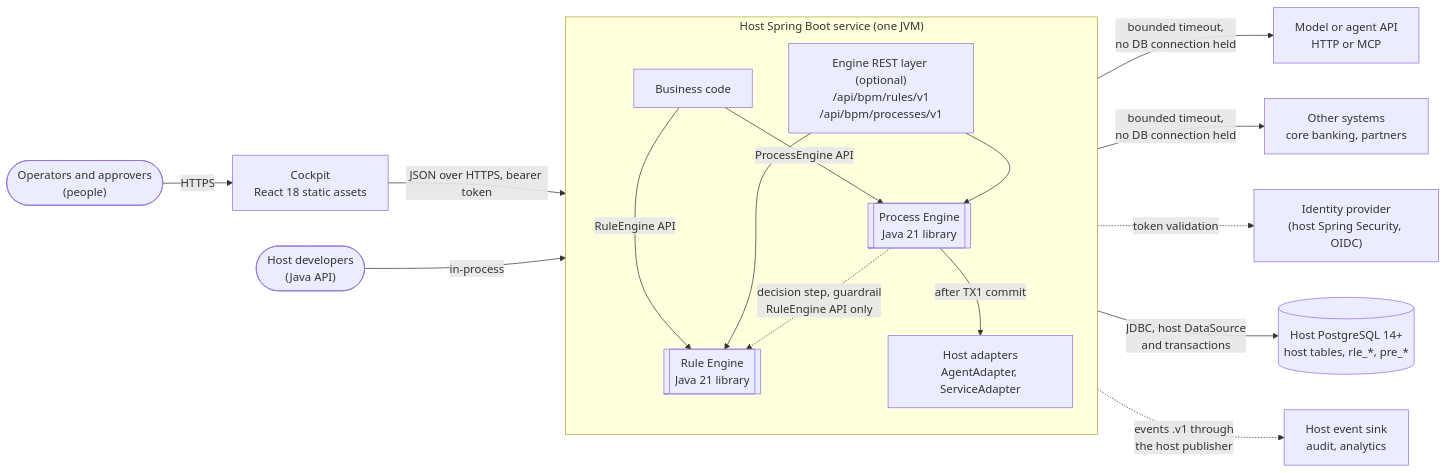
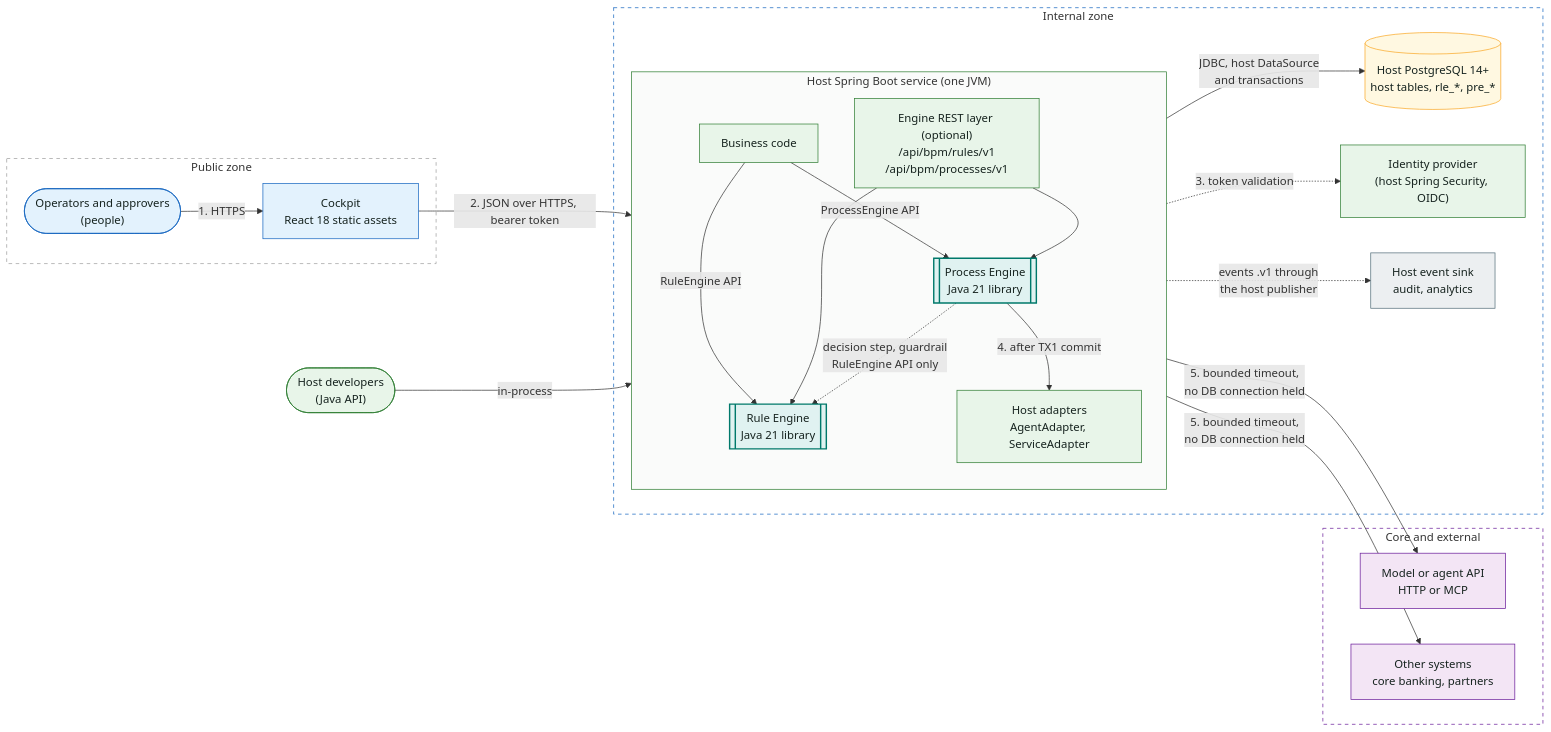
Before and after one commit to dhluong90/horus-Agentic-BPM: the diagram in docs/architecture/diagrams/system-context.mmd, drawn with Mermaid. The commit also changed 99 other files, not shown here.

First line of the commit message:
docs(wiki): shared diagram palette, 4-zone views, cockpit diagrams and evaluator pages

```diff
--- a/docs/architecture/diagrams/system-context.mmd
+++ b/docs/architecture/diagrams/system-context.mmd
@@ -1,32 +1,55 @@
 flowchart LR
-  Ops(["Operators and approvers<br/>(people)"])
+  subgraph Public["Public zone"]
+    Ops(["Operators and approvers<br/>(people)"])
+    Cockpit["Cockpit<br/>React 18 static assets"]
+  end
   Dev(["Host developers<br/>(Java API)"])
-  Cockpit["Cockpit<br/>React 18 static assets"]
+  subgraph Internal["Internal zone"]
   subgraph Host["Host Spring Boot service (one JVM)"]
     direction TB
     App["Business code"]
     RE[["Rule Engine<br/>Java 21 library"]]
     PE[["Process Engine<br/>Java 21 library"]]
     REST["Engine REST layer (optional)<br/>/api/bpm/rules/v1<br/>/api/bpm/processes/v1"]
     Adp["Host adapters<br/>AgentAdapter, ServiceAdapter"]
   end
   DB[("Host PostgreSQL 14+<br/>host tables, rle_*, pre_*")]
   IdP["Identity provider<br/>(host Spring Security, OIDC)"]
+  Bus["Host event sink<br/>audit, analytics"]
+  end
+  subgraph External["Core and external"]
   Agent["Model or agent API<br/>HTTP or MCP"]
   Svc["Other systems<br/>core banking, partners"]
-  Bus["Host event sink<br/>audit, analytics"]
+  end
 
-  Ops -->|"HTTPS"| Cockpit
-  Cockpit -->|"JSON over HTTPS, bearer token"| REST
+  Ops -->|"1. HTTPS"| Cockpit
+  Cockpit -->|"2. JSON over HTTPS, bearer token"| REST
   Dev -->|"in-process"| App
   App -->|"RuleEngine API"| RE
   App -->|"ProcessEngine API"| PE
   REST --> RE
   REST --> PE
   PE -.->|"decision step, guardrail<br/>RuleEngine API only"| RE
-  PE -->|"after TX1 commit"| Adp
-  Adp -->|"bounded timeout,<br/>no DB connection held"| Agent
-  Adp -->|"bounded timeout,<br/>no DB connection held"| Svc
+  PE -->|"4. after TX1 commit"| Adp
+  Adp -->|"5. bounded timeout,<br/>no DB connection held"| Agent
+  Adp -->|"5. bounded timeout,<br/>no DB connection held"| Svc
   Host -->|"JDBC, host DataSource<br/>and transactions"| DB
-  REST -.->|"token validation"| IdP
+  REST -.->|"3. token validation"| IdP
   Host -.->|"events .v1 through<br/>the host publisher"| Bus
+
+  classDef client fill:#E3F2FD,stroke:#1565C0,color:#16231F
+  classDef host fill:#E8F5E9,stroke:#2E7D32,color:#16231F
+  classDef engine fill:#E0F2F1,stroke:#00796B,stroke-width:2px,color:#16231F
+  classDef db fill:#FFF8E1,stroke:#F9A825,color:#16231F
+  classDef external fill:#F3E5F5,stroke:#6A1B9A,color:#16231F
+  classDef obs fill:#ECEFF1,stroke:#546E7A,color:#16231F
+  class Ops,Cockpit client
+  class Dev,App,REST,Adp,IdP host
+  class RE,PE engine
+  class DB db
+  class Agent,Svc external
+  class Bus obs
+  style Public fill:none,stroke:#9E9E9E,stroke-dasharray:5 5
+  style Internal fill:none,stroke:#1565C0,stroke-dasharray:5 5
+  style External fill:none,stroke:#6A1B9A,stroke-dasharray:5 5
+  style Host fill:#FAFBFA,stroke:#2E7D32
```
